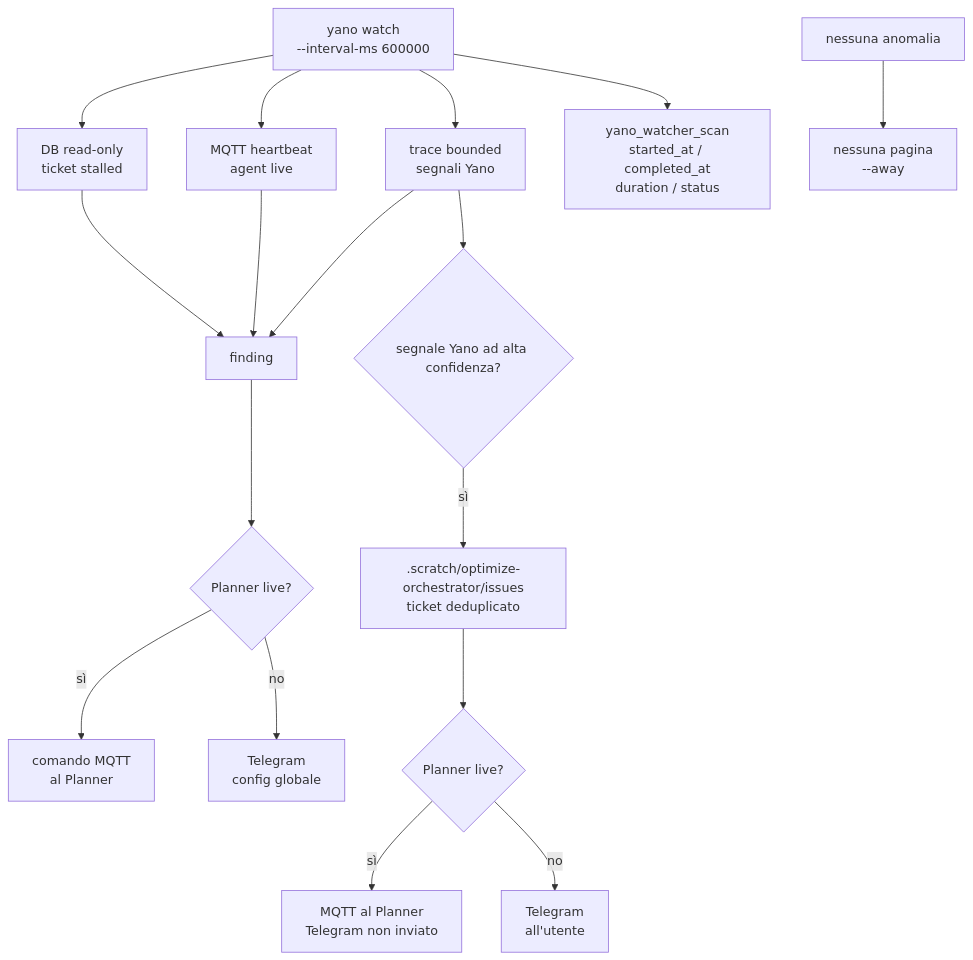
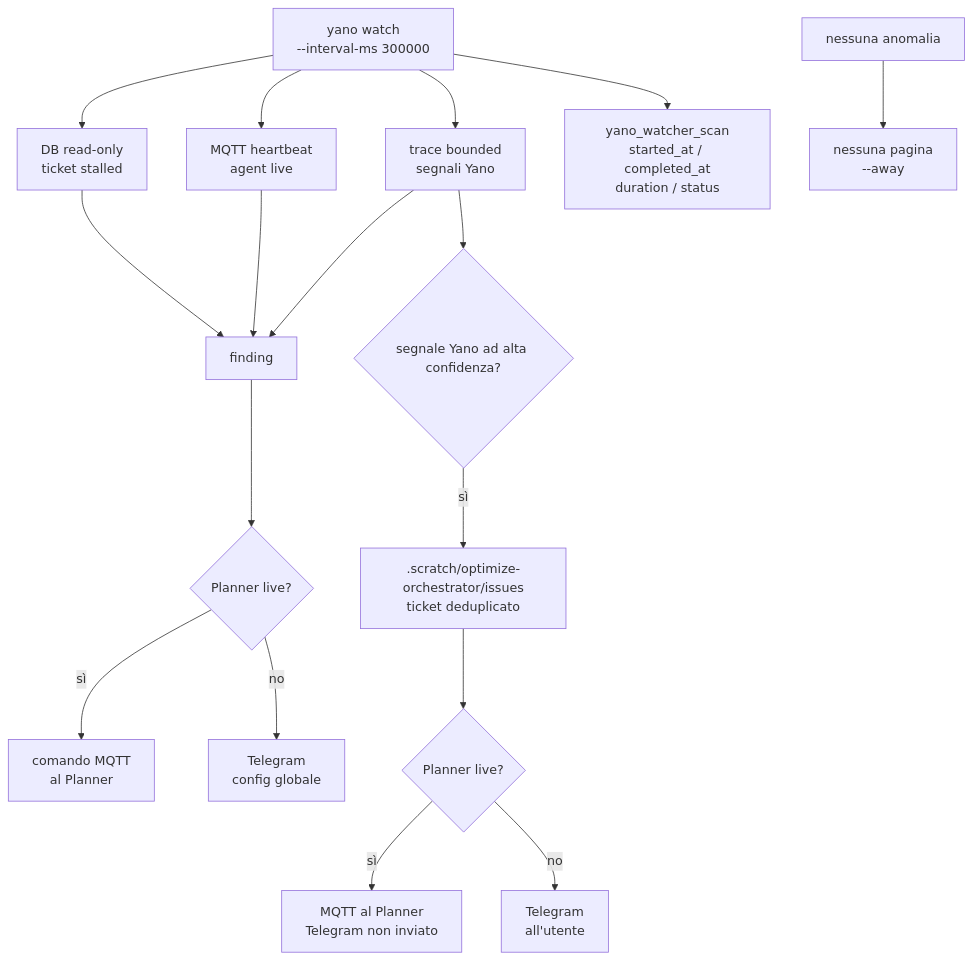
The diagram in docs/diagramma/04-watcher-routing.mmd (alessiobacin/yano-orchestrator), drawn with Mermaid before and after one commit. The commit also changed 39 other files, not shown here.

```diff
--- a/docs/diagramma/04-watcher-routing.mmd
+++ b/docs/diagramma/04-watcher-routing.mmd
@@ -1,17 +1,17 @@
 flowchart TD
-    LOOP["yano watch\n--interval-ms 600000"] --> DB["DB read-only\nticket stalled"]
+    LOOP["yano watch\n--interval-ms 300000"] --> DB["DB read-only\nticket stalled"]
     LOOP --> HEARTBEAT["MQTT heartbeat\nagent live"]
     LOOP --> TRACE["trace bounded\nsegnali Yano"]
     LOOP --> SCAN["yano_watcher_scan\nstarted_at / completed_at\nduration / status"]
     DB --> FINDING["finding"]
     HEARTBEAT --> FINDING
     TRACE --> FINDING
     FINDING --> PLANNER{"Planner live?"}
     PLANNER -- sì --> MQTT["comando MQTT\nal Planner"]
     PLANNER -- no --> TELEGRAM["Telegram\nconfig globale"]
     TRACE --> YANO{"segnale Yano ad alta confidenza?"}
     YANO -- sì --> TICKET[".scratch/optimize-orchestrator/issues\nticket deduplicato"]
     TICKET --> TICKET_ROUTE{"Planner live?"}
     TICKET_ROUTE -- sì --> TICKET_MQTT["MQTT al Planner\nTelegram non inviato"]
     TICKET_ROUTE -- no --> TICKET_TELEGRAM["Telegram\nall'utente"]
     CLEAN["nessuna anomalia"] --> QUIET["nessuna pagina\n--away"]
```
